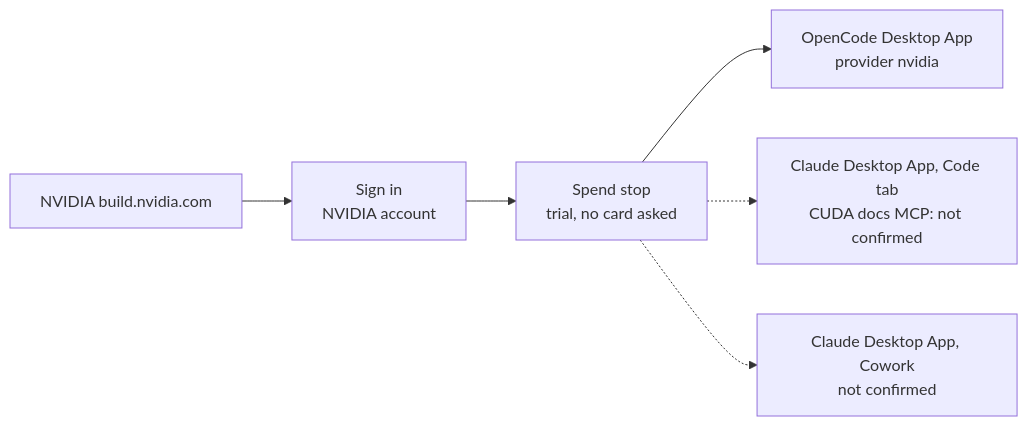
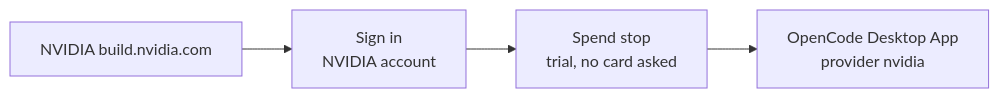
The diagram in guides/nvidia.md (SoulCraft-Org/compute-crafter), drawn with Mermaid before and after one commit. The commit also changed other lines of this file and 63 other files, not shown here.

````diff
--- a/guides/nvidia.md
+++ b/guides/nvidia.md
@@ -5,7 +5,5 @@
 ```mermaid
 flowchart LR
   P[NVIDIA build.nvidia.com] --> S[Sign in<br/>NVIDIA account] --> G[Spend stop<br/>trial, no card asked]
   G --> O[OpenCode Desktop App<br/>provider nvidia]
-  G -.-> C[Claude Desktop App, Code tab<br/>CUDA docs MCP: not confirmed]
-  G -.-> W[Claude Desktop App, Cowork<br/>not confirmed]
 ```
````
